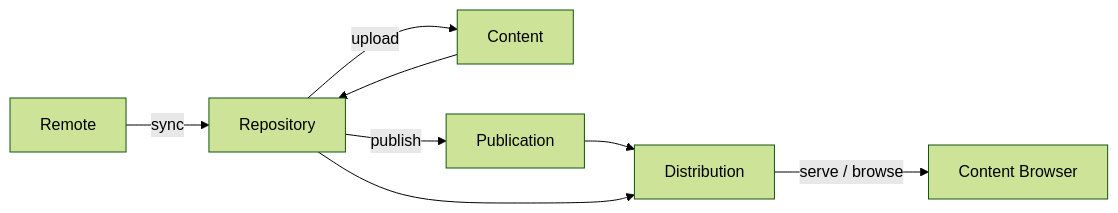
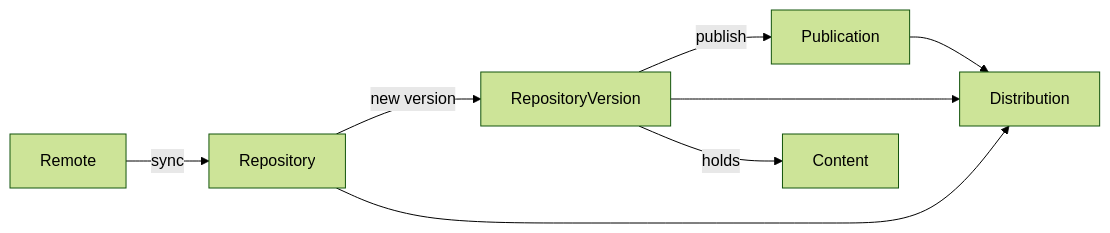
The diagram in docs/UI_ENTITIES.md (carlosthe19916/pulp-ui-2), drawn with Mermaid (forest theme) before and after one commit. The commit also changed other lines of this file and 9 other files, not shown here.

````diff
--- a/docs/UI_ENTITIES.md
+++ b/docs/UI_ENTITIES.md
@@ -24,10 +22,10 @@
 ```mermaid
 flowchart LR
-  Remote -->|"sync"| Repository
-  Repository -->|"upload"| Content
-  Repository -->|"publish"| Publication
+  Remote -->|sync| Repository
+  Repository -->|new version| RepositoryVersion
+  RepositoryVersion -->|publish| Publication
   Publication --> Distribution
   Repository --> Distribution
-  Distribution -->|"serve / browse"| ContentBrowser[Content Browser]
-  Content --> Repository
+  RepositoryVersion --> Distribution
+  RepositoryVersion -->|holds| Content
 ```
````
